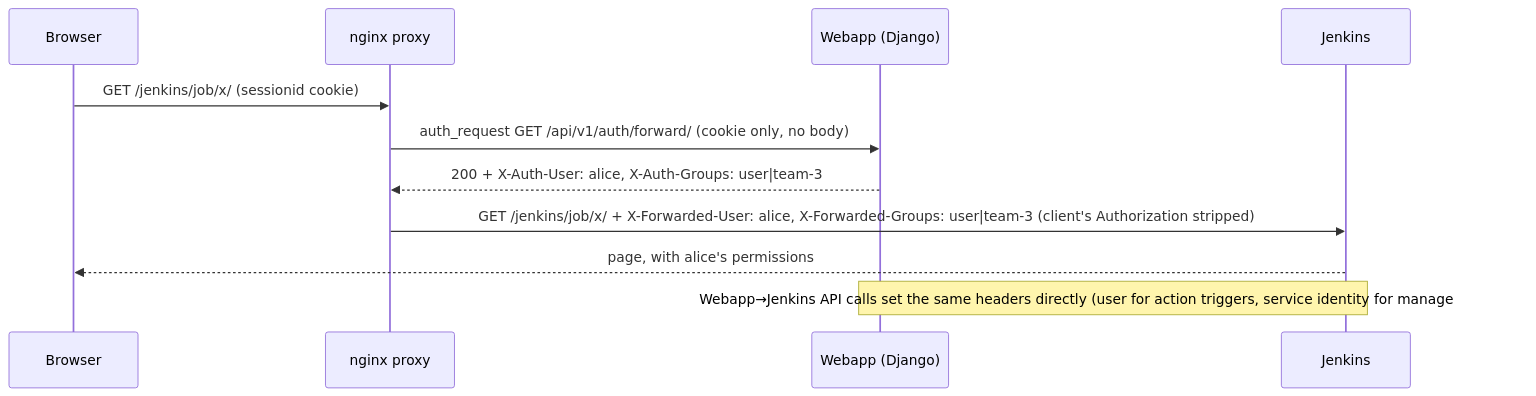
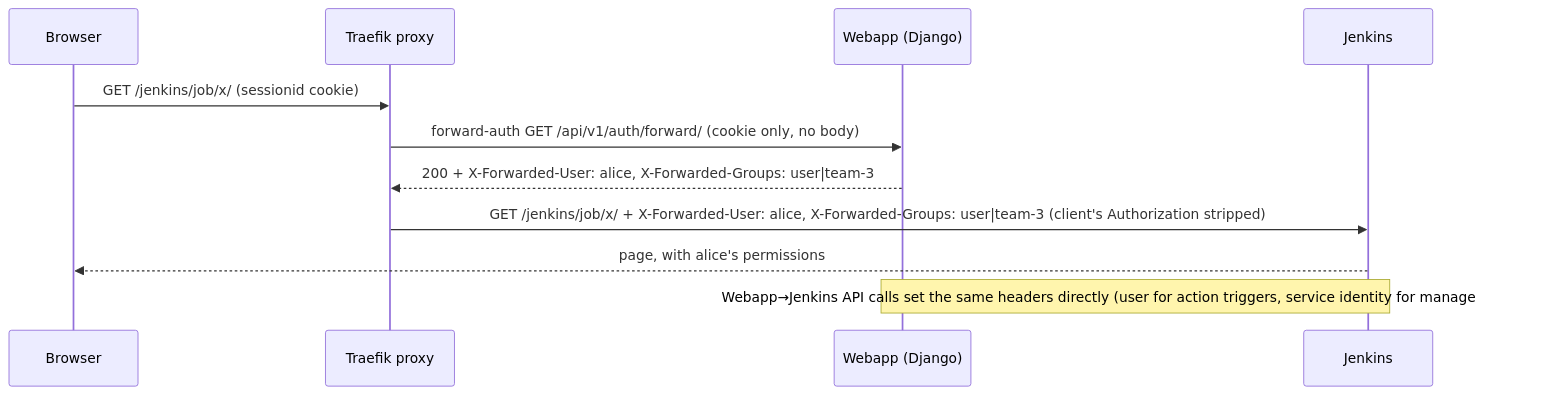
Before and after one commit to Juniper/nita-webapp: the diagram in ARCHITECTURE.md, drawn with Mermaid. The commit also changed other lines of this file and 24 other files, not shown here.

First line of the commit message:
feat: Migrate proxy from Nginx to Traefik with enhanced request handling

````diff
--- a/ARCHITECTURE.md
+++ b/ARCHITECTURE.md
@@ -143,13 +143,13 @@
 ```mermaid
 sequenceDiagram
   participant B as Browser
-  participant N as nginx proxy
+  participant N as Traefik proxy
   participant W as Webapp (Django)
   participant J as Jenkins
   B->>N: GET /jenkins/job/x/ (sessionid cookie)
-  N->>W: auth_request GET /api/v1/auth/forward/ (cookie only, no body)
-  W-->>N: 200 + X-Auth-User: alice, X-Auth-Groups: user|team-3
+  N->>W: forward-auth GET /api/v1/auth/forward/ (cookie only, no body)
+  W-->>N: 200 + X-Forwarded-User: alice, X-Forwarded-Groups: user|team-3
   N->>J: GET /jenkins/job/x/ + X-Forwarded-User: alice, X-Forwarded-Groups: user|team-3 (client's Authorization stripped)
   J-->>B: page, with alice's permissions
   Note over W,J: Webapp→Jenkins API calls set the same headers directly (user for action triggers, service identity for management jobs)
 ```
````
